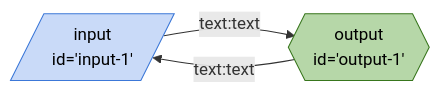
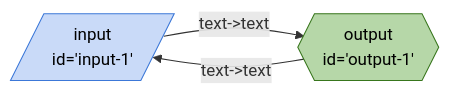
The fourth of 11 diagrams in seeds/graph-runner/docs/graphs/tests-data.md (breadboard-ai/breadboard), drawn with Mermaid before and after one commit. The commit also changed other lines of this file and 12 other files, not shown here.

Commit message:
[graph-runner] Add a simple loop test.

````diff
--- a/seeds/graph-runner/docs/graphs/tests-data.md
+++ b/seeds/graph-runner/docs/graphs/tests-data.md
@@ -21,18 +55,14 @@
 ```mermaid
 %%{init: 'themeVariables': { 'fontFamily': 'Fira Code, monospace' }}%%
 graph LR;
-input1[/"input
-id='input-1'"/]:::input -- text:text --> output1{{"output
-id='output-1'"}}:::output
-output1{{"output
-id='output-1'"}}:::output -- text:text --> input1[/"input
-id='input-1'"/]:::input
+input1[/"input <br> id='input-1'"/]:::input -- "text->text" --> output1{{"output <br> id='output-1'"}}:::output
+output1{{"output <br> id='output-1'"}}:::output -- "text->text" --> input1[/"input <br> id='input-1'"/]:::input
 classDef default stroke:#ffab40,fill:#fff2ccff,color:#000
 classDef input stroke:#3c78d8,fill:#c9daf8ff,color:#000
 classDef output stroke:#38761d,fill:#b6d7a8ff,color:#000
 classDef passthrough stroke:#a64d79,fill:#ead1dcff,color:#000
 classDef slot stroke:#a64d79,fill:#ead1dcff,color:#000
 classDef config stroke:#a64d79,fill:#ead1dcff,color:#000
 classDef secrets stroke:#db4437,fill:#f4cccc,color:#000
 classDef slotted stroke:#a64d79
 ```
````
